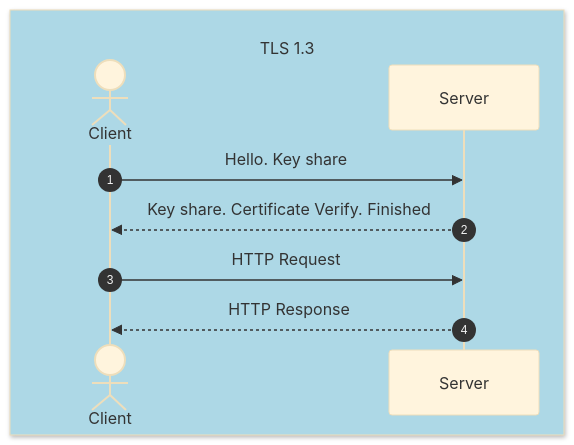
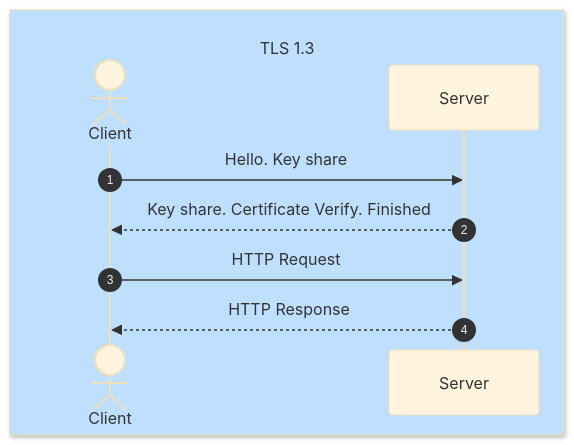
Before and after one commit to jtaverne/ovh: the second of 2 diagrams in tls_1.3.md, drawn with Mermaid.

````diff
--- a/tls_1.3.md
+++ b/tls_1.3.md
@@ -32,14 +32,14 @@
 ```mermaid
 %%{init: {'theme': 'base' } }%%
 sequenceDiagram
 autonumber
-box LightBlue <br/>TLS 1.3
+box rgb(191, 223, 255) <br/>TLS 1.3
     actor Client
     participant Server
 end
 Client ->> Server : Hello. Key share
 Server -->> Client : Key share. Certificate Verify. Finished
 Client ->> Server : HTTP Request
 Server -->> Client : HTTP Response
 
 ```
````
